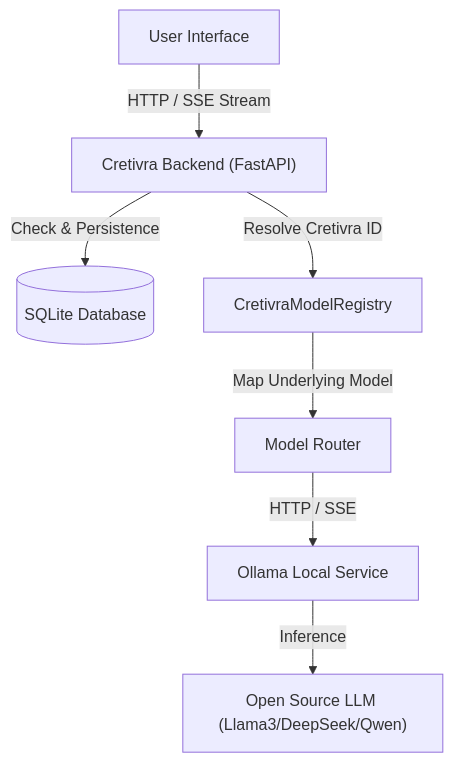
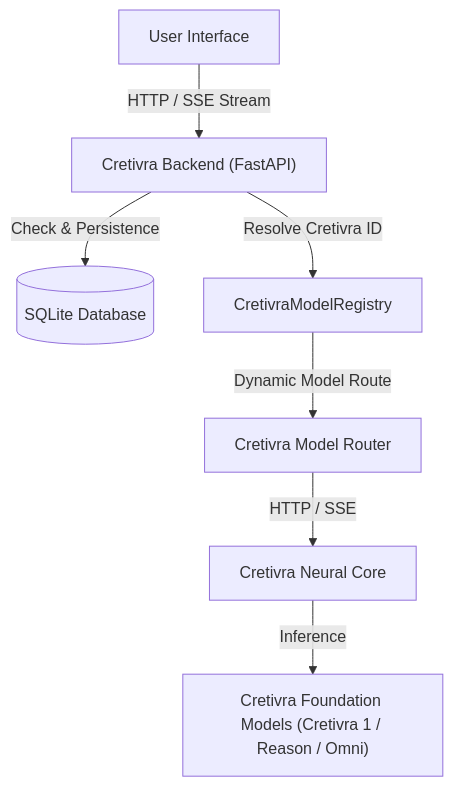
The first of 2 diagrams in docs/architecture.md (Suhash369/cretivra-ai), drawn with Mermaid before and after one commit. The commit also changed other lines of this file and 12 other files, not shown here.

Commit message:
docs: unify documentation branding to Cretivra Neural Core and Foundation Models

````diff
--- a/docs/architecture.md
+++ b/docs/architecture.md
@@ -7,9 +7,9 @@
 ```mermaid
 graph TD
     User["User Interface"] -->|HTTP / SSE Stream| FastAPI["Cretivra Backend (FastAPI)"]
     FastAPI -->|Check & Persistence| DB[(SQLite Database)]
     FastAPI -->|Resolve Cretivra ID| Registry["CretivraModelRegistry"]
-    Registry -->|Map Underlying Model| Router["Model Router"]
-    Router -->|HTTP / SSE| Ollama["Ollama Local Service"]
-    Ollama -->|Inference| Model["Open Source LLM (Llama3/DeepSeek/Qwen)"]
+    Registry -->|Dynamic Model Route| Router["Cretivra Model Router"]
+    Router -->|HTTP / SSE| Core["Cretivra Neural Core"]
+    Core -->|Inference| Model["Cretivra Foundation Models (Cretivra 1 / Reason / Omni)"]
 ```
````
